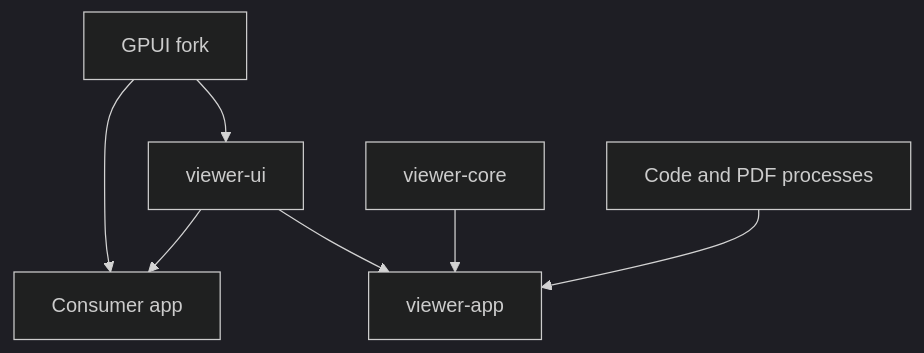
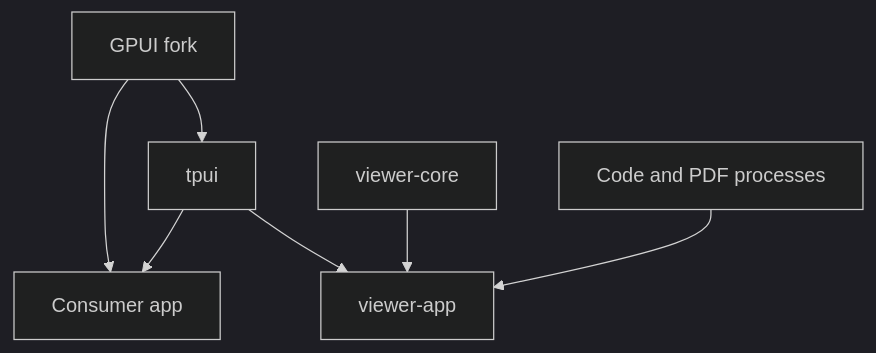
Before and after one commit to GreenWojaKK/TPUI: the diagram in architecture.md, drawn with Mermaid (dark theme). The commit also changed other lines of this file and 42 other files, not shown here.

First line of the commit message:
Rename viewer-ui to tpui

````diff
--- a/architecture.md
+++ b/architecture.md
@@ -17,9 +17,9 @@
 ```mermaid
 flowchart TB
-    GPUI[GPUI fork] --> UI[viewer-ui]
+    GPUI[GPUI fork] --> UI[tpui]
     GPUI --> App[Consumer app]
     UI --> App
     UI --> Viewer[viewer-app]
     Core[viewer-core] --> Viewer
     Workers[Code and PDF processes] --> Viewer
 ```
````
